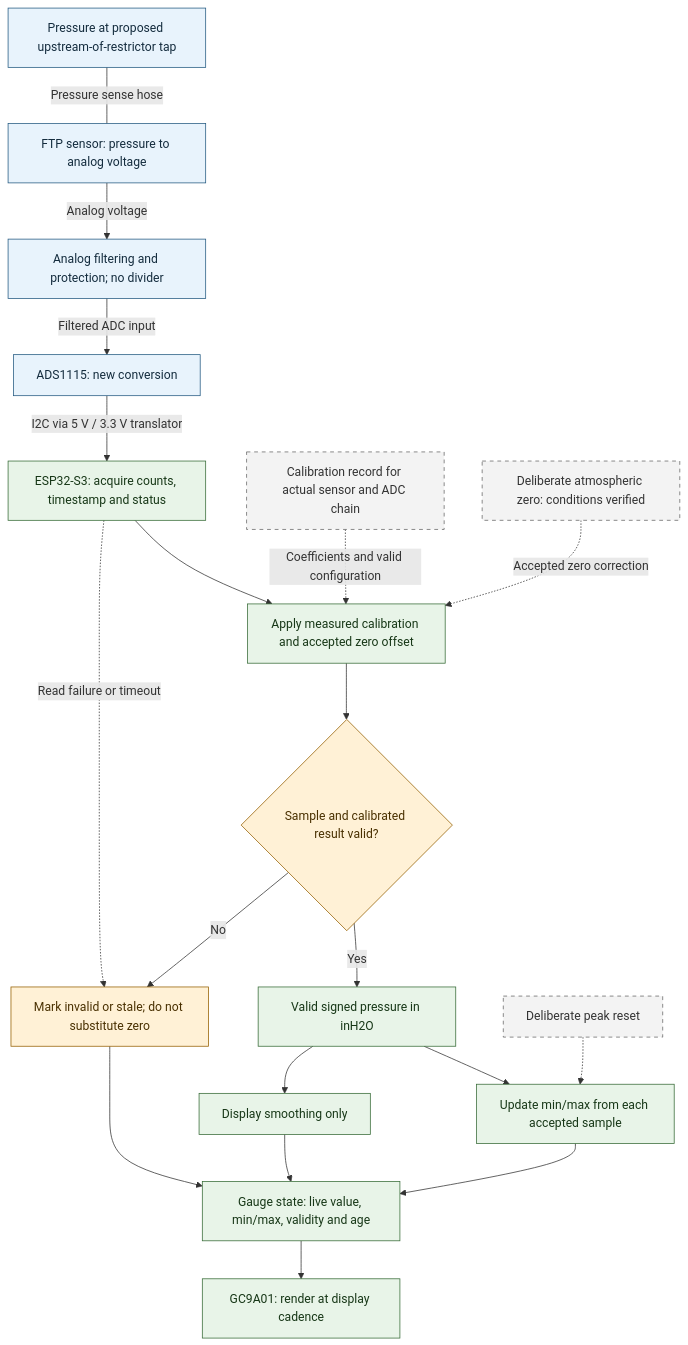
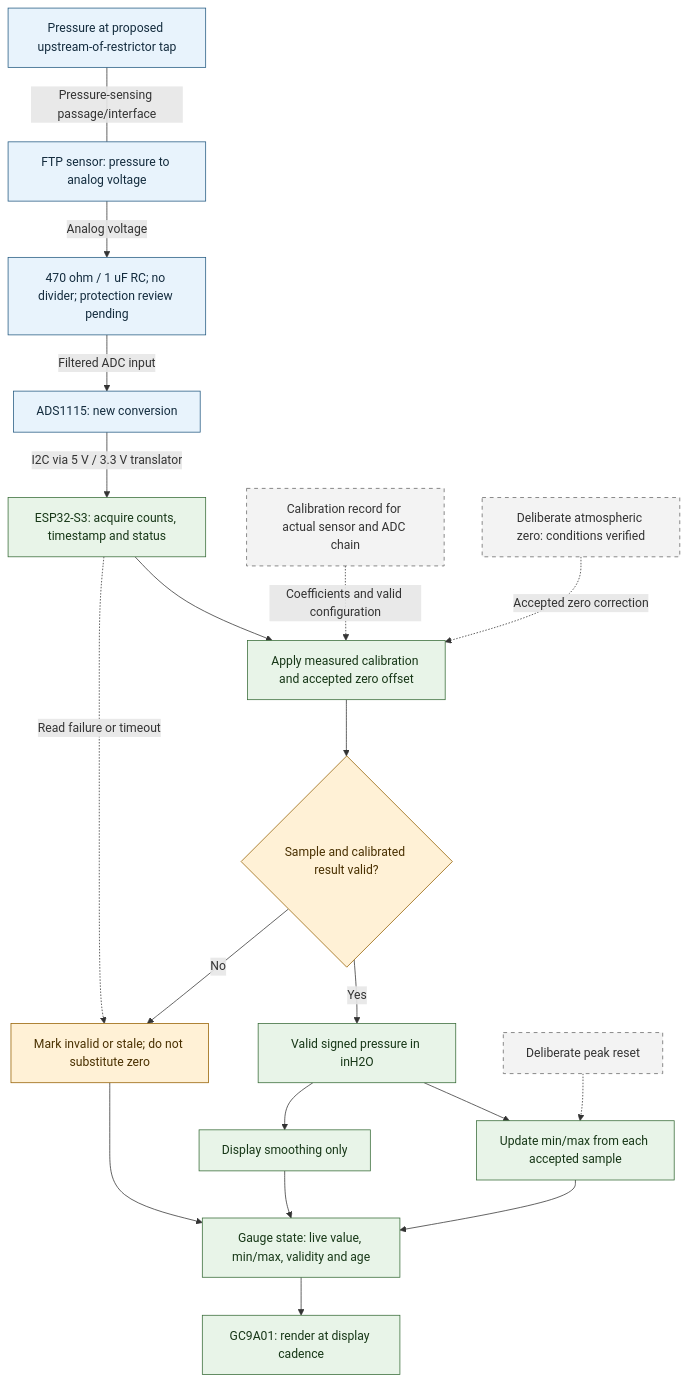
Before and after one commit to joshua-p-williams/ls-pcv-system: the diagram in hardware/architecture/measurement-system.md, drawn with Mermaid. The commit also changed 57 other files, not shown here.

````diff
--- a/hardware/architecture/measurement-system.md
+++ b/hardware/architecture/measurement-system.md
@@ -7,47 +7,47 @@
 ```mermaid
 flowchart TD
     pressure["Pressure at proposed upstream-of-restrictor tap"]
     sensor["FTP sensor: pressure to analog voltage"]
-    analog["Analog filtering and protection; no divider"]
+    analog["470 ohm / 1 uF RC; no divider; protection review pending"]
     adc["ADS1115: new conversion"]
     acquire["ESP32-S3: acquire counts, timestamp and status"]
     calibrate["Apply measured calibration and accepted zero offset"]
     valid{"Sample and calibrated result valid?"}
     accepted["Valid signed pressure in inH2O"]
     peaks["Update min/max from each accepted sample"]
     smooth["Display smoothing only"]
     fault["Mark invalid or stale; do not substitute zero"]
     state["Gauge state: live value, min/max, validity and age"]
     display["GC9A01: render at display cadence"]
     calibration["Calibration record for actual sensor and ADC chain"]
     zero["Deliberate atmospheric zero: conditions verified"]
     reset["Deliberate peak reset"]
 
-    pressure ---|"Pressure sense hose"| sensor
+    pressure ---|"Pressure-sensing passage/interface"| sensor
     sensor -->|"Analog voltage"| analog
     analog -->|"Filtered ADC input"| adc
     adc -->|"I2C via 5 V / 3.3 V translator"| acquire
     acquire --> calibrate
     calibration -.->|"Coefficients and valid configuration"| calibrate
     zero -.->|"Accepted zero correction"| calibrate
     calibrate --> valid
     valid -->|"Yes"| accepted
     valid -->|"No"| fault
     acquire -.->|"Read failure or timeout"| fault
     accepted --> peaks
     accepted --> smooth
     reset -.-> peaks
     peaks --> state
     smooth --> state
     fault --> state
     state --> display
 
     classDef physical fill:#e8f3fc,stroke:#245a81,color:#142c3e
     classDef processing fill:#e8f4e8,stroke:#376b37,color:#173717
     classDef decision fill:#fff1d6,stroke:#956000,color:#493000
     classDef reference fill:#f3f3f3,stroke:#666,color:#333,stroke-dasharray:5 5
     class pressure,sensor,analog,adc physical
     class acquire,calibrate,accepted,peaks,smooth,state,display processing
     class valid,fault decision
     class calibration,zero,reset reference
 ```
````
